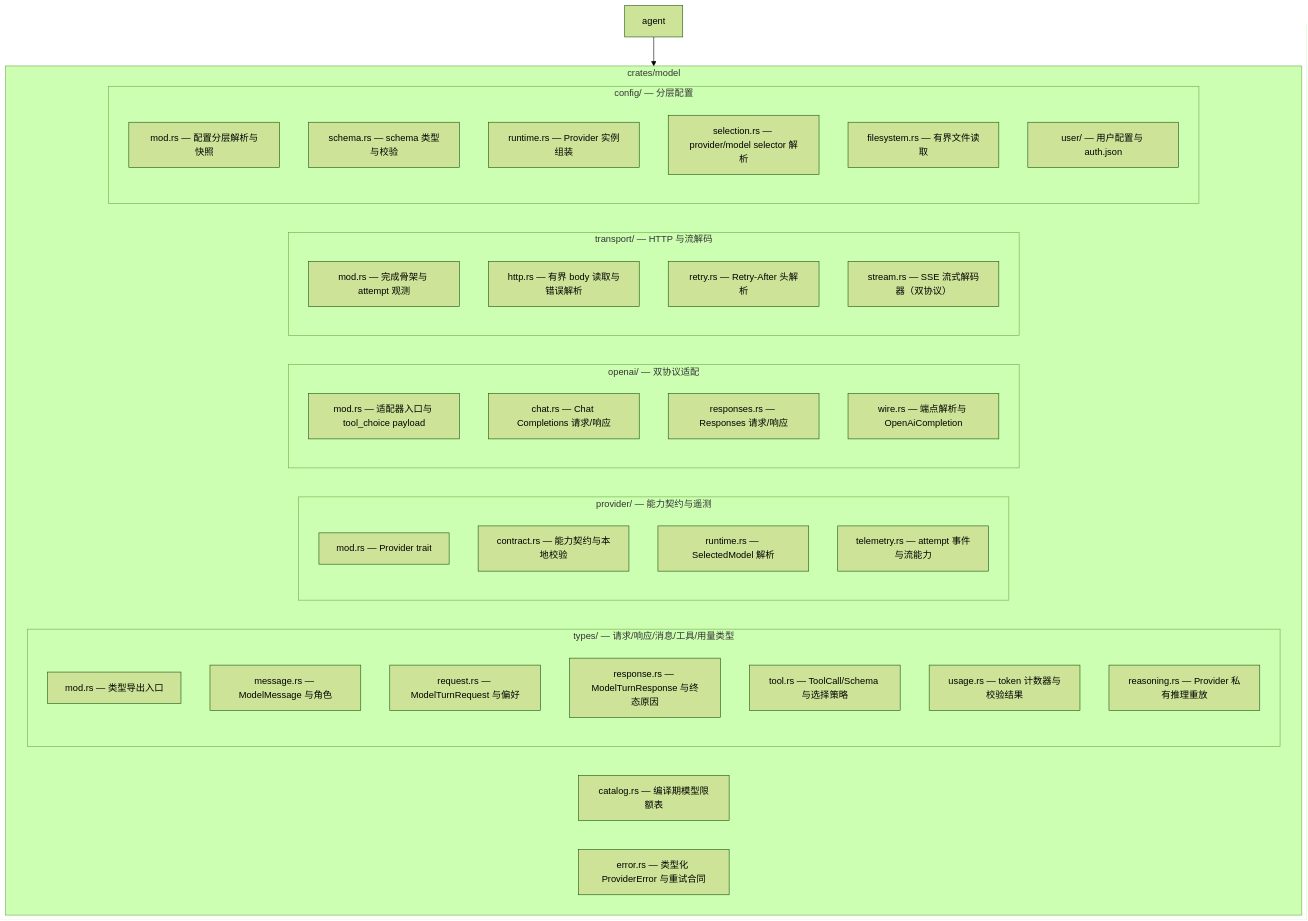
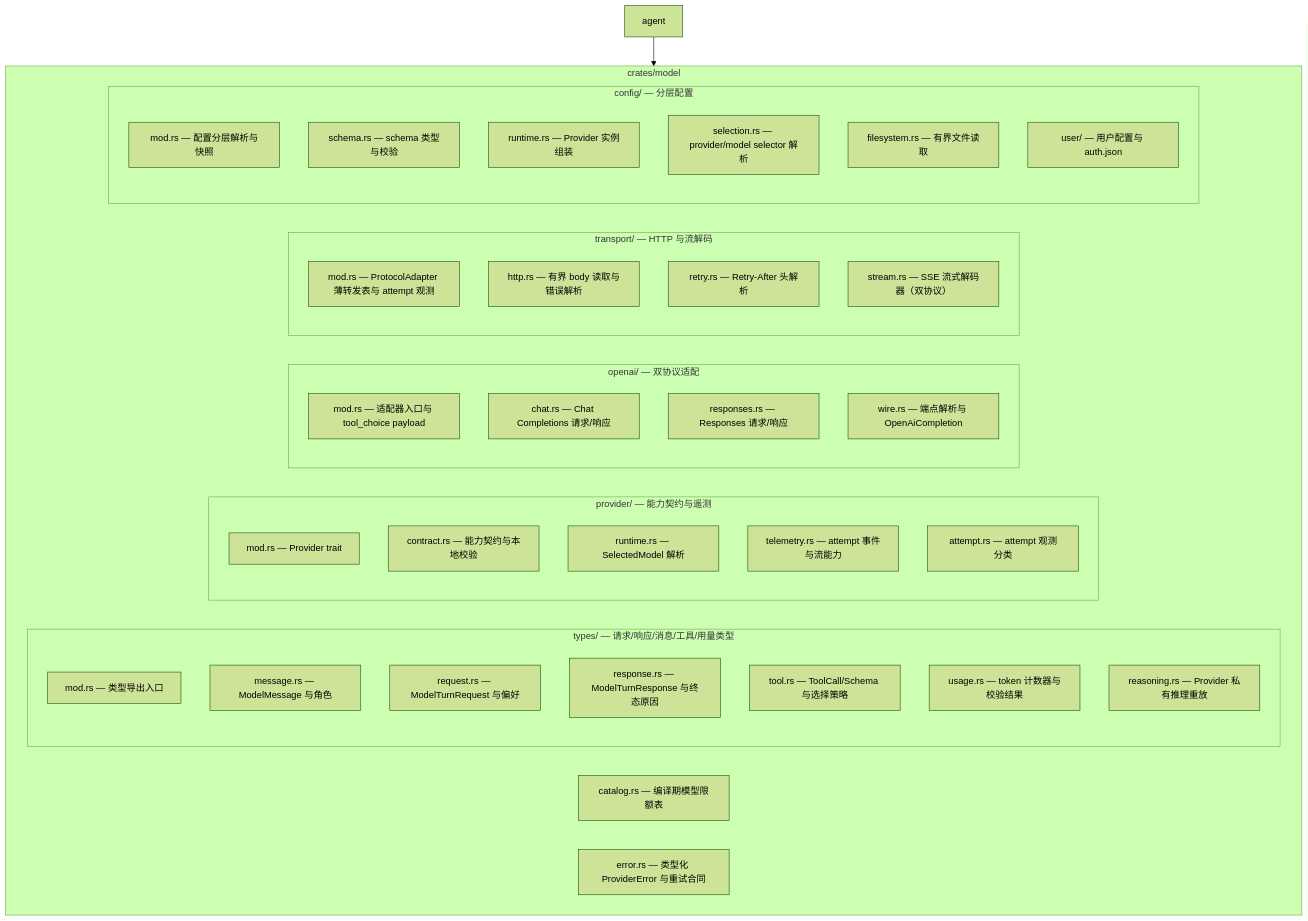
One commit to qjcnmd/singularity-agent changed the fifth of 10 diagrams in docs/repository-map.md. Above: the diagram before and after it, drawn with Mermaid (forest theme). The commit also changed other lines of this file and 1 other file, not shown here.

Commit message:
docs: 更新仓库地图与可靠性裁决记录（对齐 ThreadCatalog、protocol 与双协议分派）

````diff
--- a/docs/repository-map.md
+++ b/docs/repository-map.md
@@ -83,43 +84,44 @@
 ```mermaid
 flowchart TD
     subgraph model["crates/model"]
         subgraph types["types/ — 请求/响应/消息/工具/用量类型"]
             t_mod["mod.rs — 类型导出入口"]
             t_message["message.rs — ModelMessage 与角色"]
             t_request["request.rs — ModelTurnRequest 与偏好"]
             t_response["response.rs — ModelTurnResponse 与终态原因"]
             t_tool["tool.rs — ToolCall/Schema 与选择策略"]
             t_usage["usage.rs — token 计数器与校验结果"]
             t_reasoning["reasoning.rs — Provider 私有推理重放"]
         end
         subgraph provider["provider/ — 能力契约与遥测"]
             p_mod["mod.rs — Provider trait"]
             p_contract["contract.rs — 能力契约与本地校验"]
             p_runtime["runtime.rs — SelectedModel 解析"]
             p_telemetry["telemetry.rs — attempt 事件与流能力"]
+            p_attempt["attempt.rs — attempt 观测分类"]
         end
         subgraph openai["openai/ — 双协议适配"]
             o_mod["mod.rs — 适配器入口与 tool_choice payload"]
             o_chat["chat.rs — Chat Completions 请求/响应"]
             o_responses["responses.rs — Responses 请求/响应"]
             o_wire["wire.rs — 端点解析与 OpenAiCompletion"]
         end
         subgraph transport["transport/ — HTTP 与流解码"]
-            tr_mod["mod.rs — 完成骨架与 attempt 观测"]
+            tr_mod["mod.rs — ProtocolAdapter 薄转发表与 attempt 观测"]
             tr_http["http.rs — 有界 body 读取与错误解析"]
             tr_retry["retry.rs — Retry-After 头解析"]
             tr_stream["stream.rs — SSE 流式解码器（双协议）"]
         end
         subgraph config["config/ — 分层配置"]
             cfg_mod["mod.rs — 配置分层解析与快照"]
             cfg_schema["schema.rs — schema 类型与校验"]
             cfg_runtime["runtime.rs — Provider 实例组装"]
             cfg_selection["selection.rs — provider/model selector 解析"]
             cfg_filesystem["filesystem.rs — 有界文件读取"]
             cfg_user["user/ — 用户配置与 auth.json"]
         end
         catalog["catalog.rs — 编译期模型限额表"]
         error["error.rs — 类型化 ProviderError 与重试合同"]
     end
     agent["agent"] --> model
 ```
````
